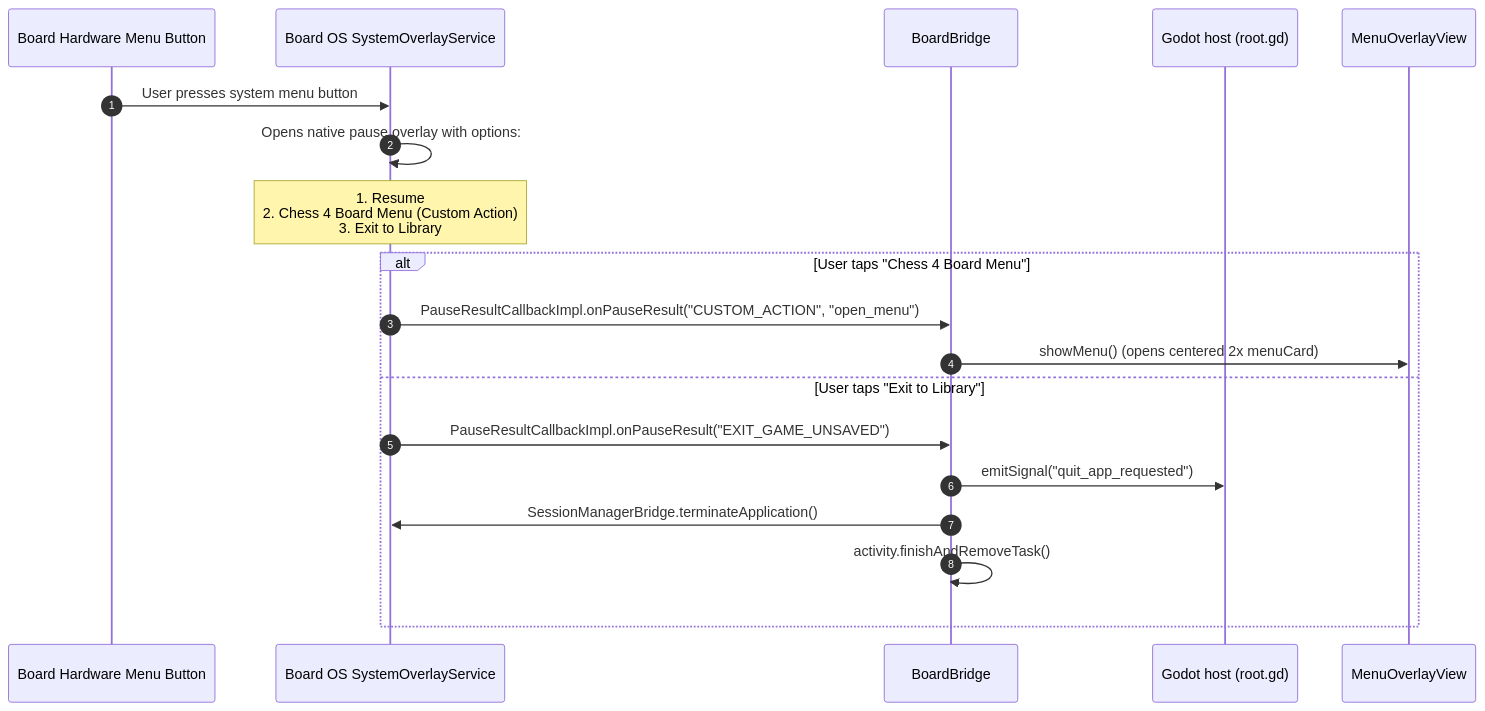
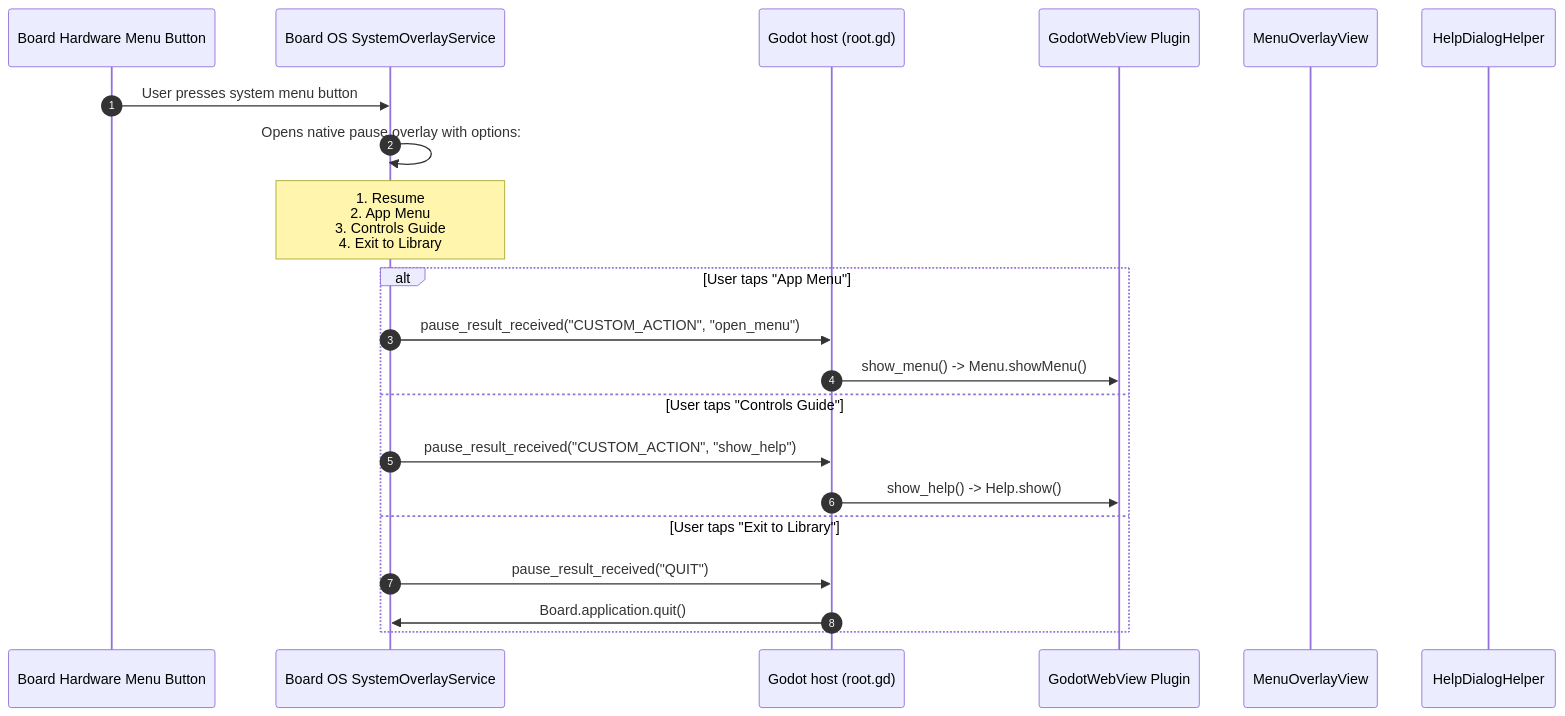
The third of 5 diagrams in ARCHITECTURE.md (adamlaster/ChessBoard), drawn with Mermaid before and after one commit. The commit also changed other lines of this file and 25 other files, not shown here.

````diff
--- a/ARCHITECTURE.md
+++ b/ARCHITECTURE.md
@@ -164,23 +166,25 @@
 ```mermaid
 sequenceDiagram
     autonumber
     participant Hardware as Board Hardware Menu Button
     participant OS as Board OS SystemOverlayService
-    participant Bridge as BoardBridge
     participant Godot as Godot host (root.gd)
+    participant Plugin as GodotWebView Plugin
     participant Menu as MenuOverlayView
+    participant Help as HelpDialogHelper
 
     Hardware->>OS: User presses system menu button
     OS->>OS: Opens native pause overlay with options:
-    Note over OS: 1. Resume<br/>2. Chess 4 Board Menu (Custom Action)<br/>3. Exit to Library
+    Note over OS: 1. Resume<br/>2. App Menu<br/>3. Controls Guide<br/>4. Exit to Library
     
-    alt User taps "Chess 4 Board Menu"
-        OS->>Bridge: PauseResultCallbackImpl.onPauseResult("CUSTOM_ACTION", "open_menu")
-        Bridge->>Menu: showMenu() (opens centered 2x menuCard)
+    alt User taps "App Menu"
+        OS->>Godot: pause_result_received("CUSTOM_ACTION", "open_menu")
+        Godot->>Plugin: show_menu() -> Menu.showMenu()
+    else User taps "Controls Guide"
+        OS->>Godot: pause_result_received("CUSTOM_ACTION", "show_help")
+        Godot->>Plugin: show_help() -> Help.show()
     else User taps "Exit to Library"
-        OS->>Bridge: PauseResultCallbackImpl.onPauseResult("EXIT_GAME_UNSAVED")
-        Bridge->>Godot: emitSignal("quit_app_requested")
-        Bridge->>OS: SessionManagerBridge.terminateApplication()
-        Bridge->>Bridge: activity.finishAndRemoveTask()
+        OS->>Godot: pause_result_received("QUIT")
+        Godot->>OS: Board.application.quit()
     end
 ```
````
